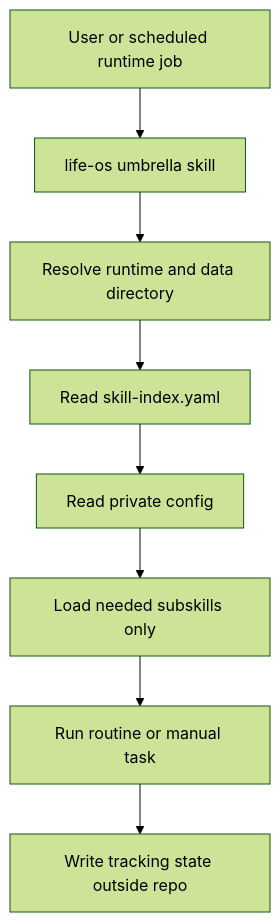
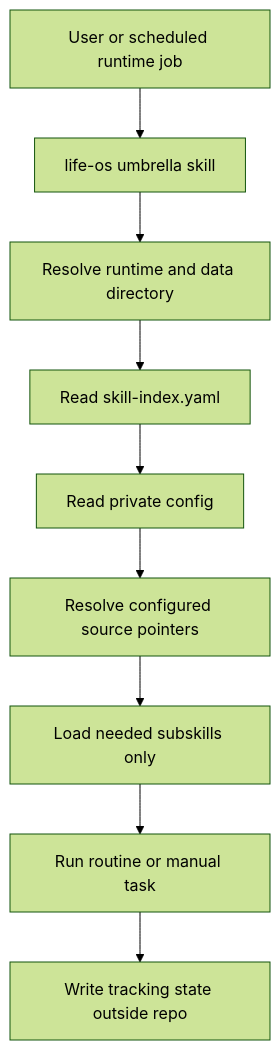
Before and after one commit to djangonavarro220/agentic-life-os: the diagram in docs/architecture.md, drawn with Mermaid (forest theme). The commit also changed other lines of this file and 5 other files, not shown here.

````diff
--- a/docs/architecture.md
+++ b/docs/architecture.md
@@ -3,10 +3,11 @@
 ```mermaid
 flowchart TD
   A[User or scheduled runtime job] --> B[life-os umbrella skill]
   B --> C[Resolve runtime and data directory]
   C --> D[Read skill-index.yaml]
   D --> E[Read private config]
-  E --> F[Load needed subskills only]
+  E --> K[Resolve configured source pointers]
+  K --> F[Load needed subskills only]
   F --> G[Run routine or manual task]
   G --> H[Write tracking state outside repo]
 ```
````
